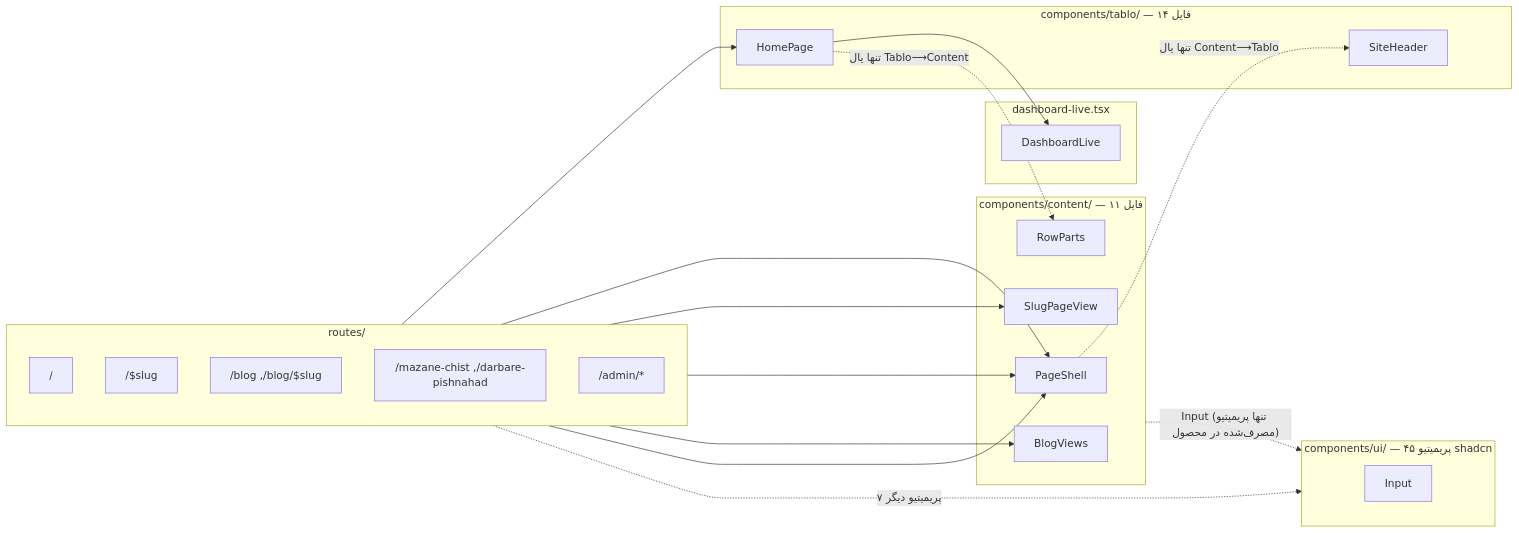
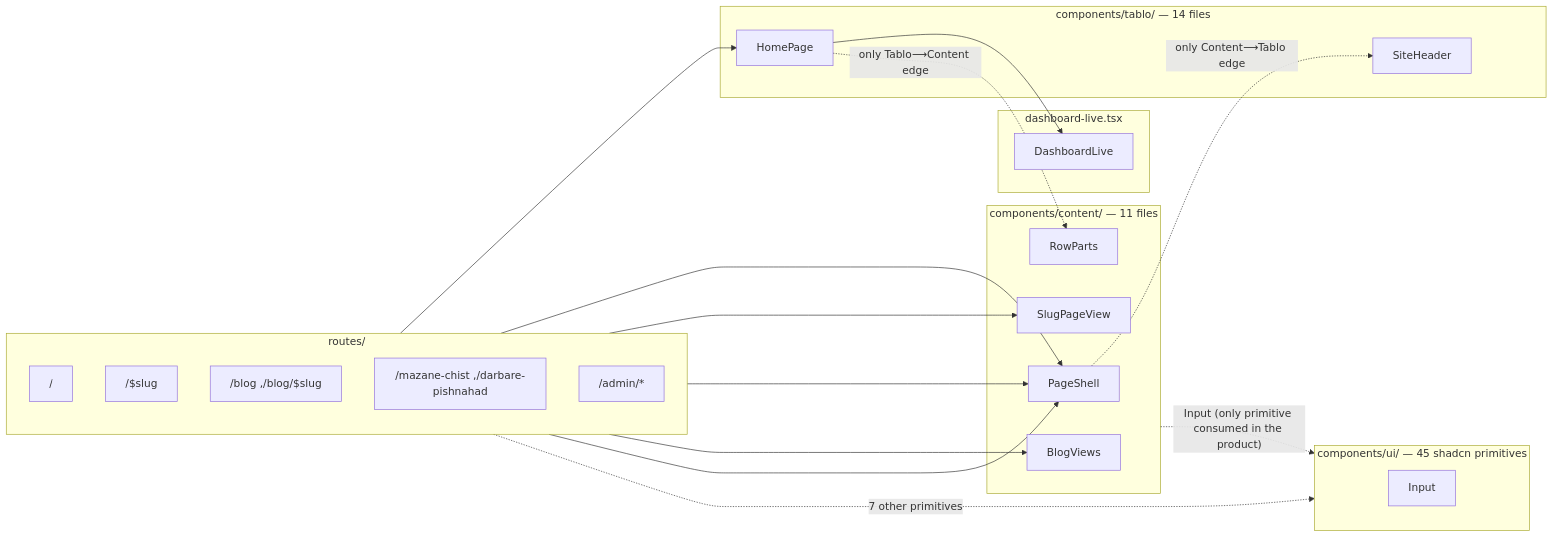
Before and after one commit to smzerehpoush/mazane.online: the diagram in docs/02-design-components.md, drawn with Mermaid. The commit also changed other lines of this file and 175 other files, not shown here.

````diff
--- a/docs/02-design-components.md
+++ b/docs/02-design-components.md
@@ -30,44 +31,44 @@
 ```mermaid
 flowchart LR
     subgraph R["routes/"]
         direction TB
         Rhome["/"]
         Rslug["/$slug"]
         Rblog["/blog ,/blog/$slug"]
         Rstatic["/mazane-chist ,/darbare-pishnahad"]
         Radmin["/admin/*"]
     end
 
-    subgraph T["components/tablo/ — ۱۴ فایل"]
+    subgraph T["components/tablo/ — 14 files"]
         HomePage
         SiteHeader
     end
 
     subgraph DL["dashboard-live.tsx"]
         DashboardLive
     end
 
-    subgraph C["components/content/ — ۱۱ فایل"]
+    subgraph C["components/content/ — 11 files"]
         PageShell
         SlugPageView
         BlogViews
         RowParts
     end
 
-    subgraph U["components/ui/ — ۴۵ پریمیتیو shadcn"]
+    subgraph U["components/ui/ — 45 shadcn primitives"]
         Input
     end
 
     Rhome --> HomePage
     Rslug --> PageShell
     Rslug --> SlugPageView
     Rblog --> PageShell
     Rblog --> BlogViews
     Rstatic --> PageShell
-    Radmin -. "۷ پریمیتیو دیگر" .-> U
+    Radmin -. "7 other primitives" .-> U
 
     HomePage --> DashboardLive
-    HomePage -. "تنها یال Tablo⟶Content" .-> RowParts
-    PageShell -. "تنها یال Content⟶Tablo" .-> SiteHeader
-    C -. "Input (تنها پریمیتیو مصرف‌شده در محصول)" .-> U
+    HomePage -. "only Tablo⟶Content edge" .-> RowParts
+    PageShell -. "only Content⟶Tablo edge" .-> SiteHeader
+    C -. "Input (only primitive consumed in the product)" .-> U
 ```
````
